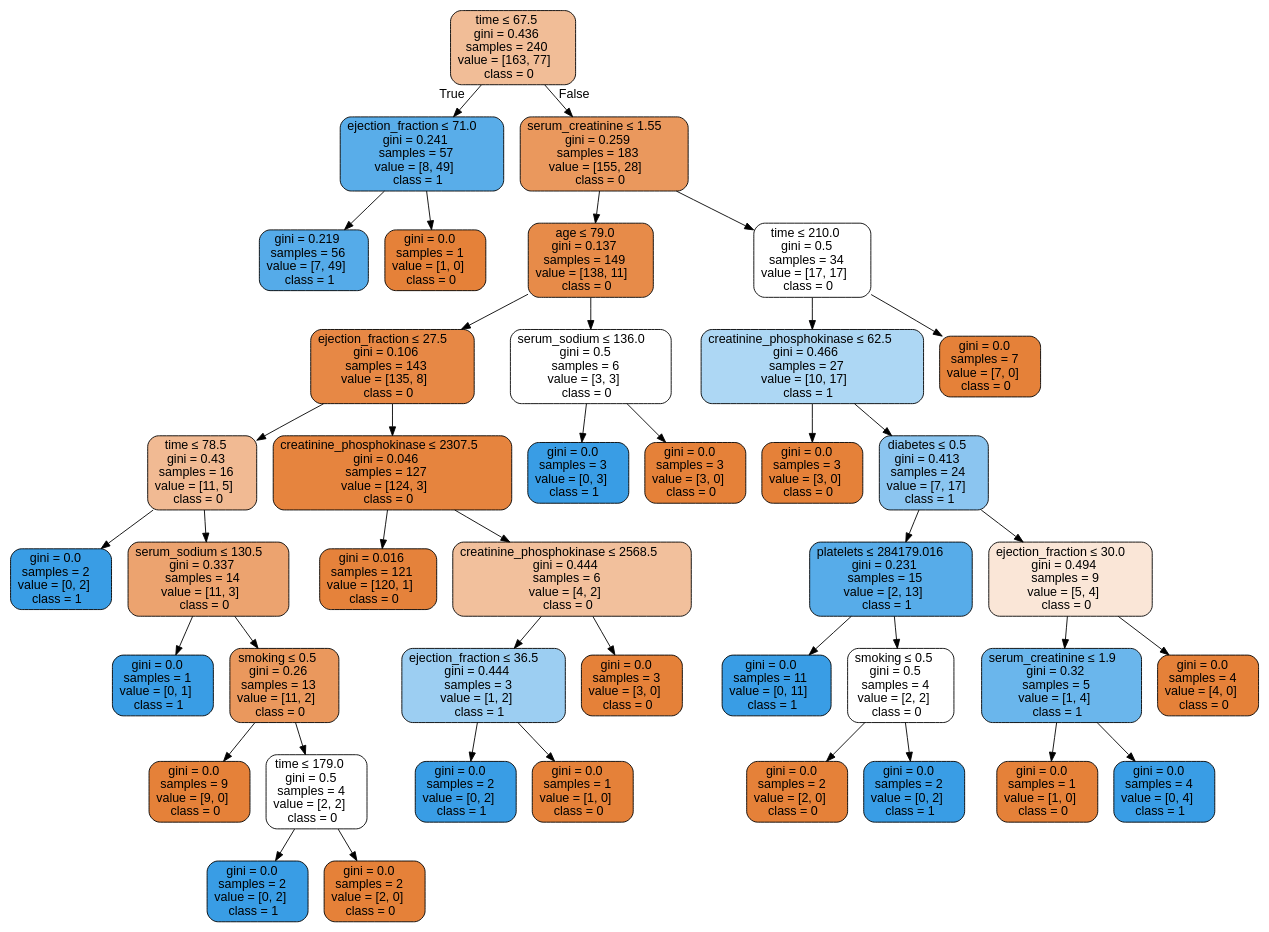
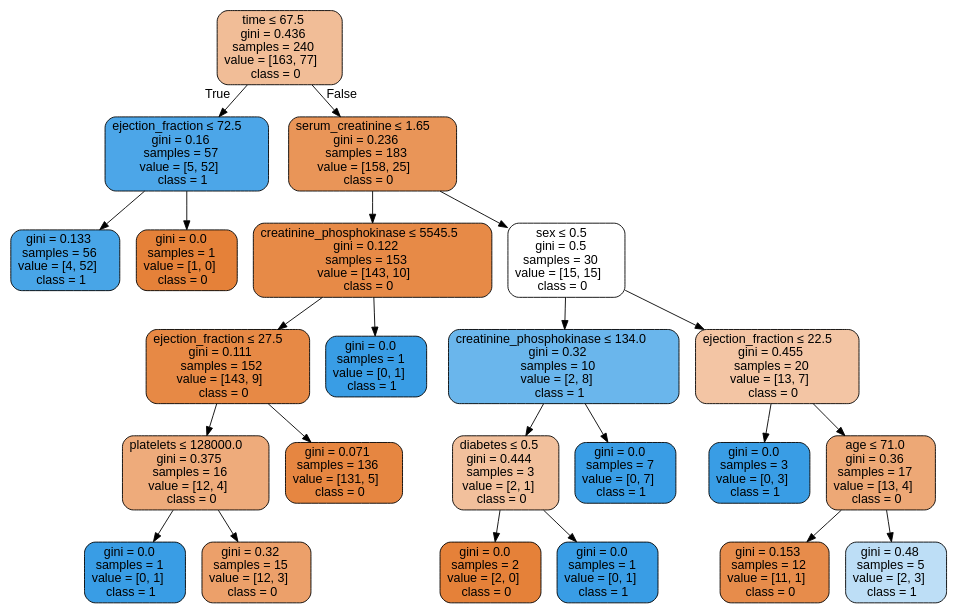
The diagram in Labs/Lab04/Results/HFCR - dtree.dot (isabelSoares/CD-2021), drawn with Graphviz before and after one commit. The commit also changed 11 other files, not shown here.

```diff
--- a/Labs/Lab04/Results/HFCR - dtree.dot
+++ b/Labs/Lab04/Results/HFCR - dtree.dot
@@ -1,85 +1,49 @@
 digraph Tree {
 node [shape=box, style="filled, rounded", color="black", fontname=helvetica] ;
 edge [fontname=helvetica] ;
 0 [label=<time &le; 67.5<br/>gini = 0.436<br/>samples = 240<br/>value = [163, 77]<br/>class = 0>, fillcolor="#f1bd97"] ;
-1 [label=<ejection_fraction &le; 71.0<br/>gini = 0.241<br/>samples = 57<br/>value = [8, 49]<br/>class = 1>, fillcolor="#59ade9"] ;
+1 [label=<ejection_fraction &le; 72.5<br/>gini = 0.16<br/>samples = 57<br/>value = [5, 52]<br/>class = 1>, fillcolor="#4ca6e8"] ;
 0 -> 1 [labeldistance=2.5, labelangle=45, headlabel="True"] ;
-2 [label=<gini = 0.219<br/>samples = 56<br/>value = [7, 49]<br/>class = 1>, fillcolor="#55abe9"] ;
+2 [label=<gini = 0.133<br/>samples = 56<br/>value = [4, 52]<br/>class = 1>, fillcolor="#48a5e7"] ;
 1 -> 2 ;
 3 [label=<gini = 0.0<br/>samples = 1<br/>value = [1, 0]<br/>class = 0>, fillcolor="#e58139"] ;
 1 -> 3 ;
-4 [label=<serum_creatinine &le; 1.55<br/>gini = 0.259<br/>samples = 183<br/>value = [155, 28]<br/>class = 0>, fillcolor="#ea985d"] ;
+4 [label=<serum_creatinine &le; 1.65<br/>gini = 0.236<br/>samples = 183<br/>value = [158, 25]<br/>class = 0>, fillcolor="#e99558"] ;
 0 -> 4 [labeldistance=2.5, labelangle=-45, headlabel="False"] ;
-5 [label=<age &le; 79.0<br/>gini = 0.137<br/>samples = 149<br/>value = [138, 11]<br/>class = 0>, fillcolor="#e78b49"] ;
+5 [label=<creatinine_phosphokinase &le; 5545.5<br/>gini = 0.122<br/>samples = 153<br/>value = [143, 10]<br/>class = 0>, fillcolor="#e78a47"] ;
 4 -> 5 ;
-6 [label=<ejection_fraction &le; 27.5<br/>gini = 0.106<br/>samples = 143<br/>value = [135, 8]<br/>class = 0>, fillcolor="#e78845"] ;
+6 [label=<ejection_fraction &le; 27.5<br/>gini = 0.111<br/>samples = 152<br/>value = [143, 9]<br/>class = 0>, fillcolor="#e78945"] ;
 5 -> 6 ;
-7 [label=<time &le; 78.5<br/>gini = 0.43<br/>samples = 16<br/>value = [11, 5]<br/>class = 0>, fillcolor="#f1ba93"] ;
+7 [label=<platelets &le; 128000.0<br/>gini = 0.375<br/>samples = 16<br/>value = [12, 4]<br/>class = 0>, fillcolor="#eeab7b"] ;
 6 -> 7 ;
-8 [label=<gini = 0.0<br/>samples = 2<br/>value = [0, 2]<br/>class = 1>, fillcolor="#399de5"] ;
+8 [label=<gini = 0.0<br/>samples = 1<br/>value = [0, 1]<br/>class = 1>, fillcolor="#399de5"] ;
 7 -> 8 ;
-9 [label=<serum_sodium &le; 130.5<br/>gini = 0.337<br/>samples = 14<br/>value = [11, 3]<br/>class = 0>, fillcolor="#eca36f"] ;
+9 [label=<gini = 0.32<br/>samples = 15<br/>value = [12, 3]<br/>class = 0>, fillcolor="#eca06a"] ;
 7 -> 9 ;
-10 [label=<gini = 0.0<br/>samples = 1<br/>value = [0, 1]<br/>class = 1>, fillcolor="#399de5"] ;
-9 -> 10 ;
-11 [label=<smoking &le; 0.5<br/>gini = 0.26<br/>samples = 13<br/>value = [11, 2]<br/>class = 0>, fillcolor="#ea985d"] ;
-9 -> 11 ;
-12 [label=<gini = 0.0<br/>samples = 9<br/>value = [9, 0]<br/>class = 0>, fillcolor="#e58139"] ;
-11 -> 12 ;
-13 [label=<time &le; 179.0<br/>gini = 0.5<br/>samples = 4<br/>value = [2, 2]<br/>class = 0>, fillcolor="#ffffff"] ;
-11 -> 13 ;
-14 [label=<gini = 0.0<br/>samples = 2<br/>value = [0, 2]<br/>class = 1>, fillcolor="#399de5"] ;
+10 [label=<gini = 0.071<br/>samples = 136<br/>value = [131, 5]<br/>class = 0>, fillcolor="#e68641"] ;
+6 -> 10 ;
+11 [label=<gini = 0.0<br/>samples = 1<br/>value = [0, 1]<br/>class = 1>, fillcolor="#399de5"] ;
+5 -> 11 ;
+12 [label=<sex &le; 0.5<br/>gini = 0.5<br/>samples = 30<br/>value = [15, 15]<br/>class = 0>, fillcolor="#ffffff"] ;
+4 -> 12 ;
+13 [label=<creatinine_phosphokinase &le; 134.0<br/>gini = 0.32<br/>samples = 10<br/>value = [2, 8]<br/>class = 1>, fillcolor="#6ab6ec"] ;
+12 -> 13 ;
+14 [label=<diabetes &le; 0.5<br/>gini = 0.444<br/>samples = 3<br/>value = [2, 1]<br/>class = 0>, fillcolor="#f2c09c"] ;
 13 -> 14 ;
 15 [label=<gini = 0.0<br/>samples = 2<br/>value = [2, 0]<br/>class = 0>, fillcolor="#e58139"] ;
-13 -> 15 ;
-16 [label=<creatinine_phosphokinase &le; 2307.5<br/>gini = 0.046<br/>samples = 127<br/>value = [124, 3]<br/>class = 0>, fillcolor="#e6843e"] ;
-6 -> 16 ;
-17 [label=<gini = 0.016<br/>samples = 121<br/>value = [120, 1]<br/>class = 0>, fillcolor="#e5823b"] ;
-16 -> 17 ;
-18 [label=<creatinine_phosphokinase &le; 2568.5<br/>gini = 0.444<br/>samples = 6<br/>value = [4, 2]<br/>class = 0>, fillcolor="#f2c09c"] ;
-16 -> 18 ;
-19 [label=<ejection_fraction &le; 36.5<br/>gini = 0.444<br/>samples = 3<br/>value = [1, 2]<br/>class = 1>, fillcolor="#9ccef2"] ;
+14 -> 15 ;
+16 [label=<gini = 0.0<br/>samples = 1<br/>value = [0, 1]<br/>class = 1>, fillcolor="#399de5"] ;
+14 -> 16 ;
+17 [label=<gini = 0.0<br/>samples = 7<br/>value = [0, 7]<br/>class = 1>, fillcolor="#399de5"] ;
+13 -> 17 ;
+18 [label=<ejection_fraction &le; 22.5<br/>gini = 0.455<br/>samples = 20<br/>value = [13, 7]<br/>class = 0>, fillcolor="#f3c5a4"] ;
+12 -> 18 ;
+19 [label=<gini = 0.0<br/>samples = 3<br/>value = [0, 3]<br/>class = 1>, fillcolor="#399de5"] ;
 18 -> 19 ;
-20 [label=<gini = 0.0<br/>samples = 2<br/>value = [0, 2]<br/>class = 1>, fillcolor="#399de5"] ;
-19 -> 20 ;
-21 [label=<gini = 0.0<br/>samples = 1<br/>value = [1, 0]<br/>class = 0>, fillcolor="#e58139"] ;
-19 -> 21 ;
-22 [label=<gini = 0.0<br/>samples = 3<br/>value = [3, 0]<br/>class = 0>, fillcolor="#e58139"] ;
-18 -> 22 ;
-23 [label=<serum_sodium &le; 136.0<br/>gini = 0.5<br/>samples = 6<br/>value = [3, 3]<br/>class = 0>, fillcolor="#ffffff"] ;
-5 -> 23 ;
-24 [label=<gini = 0.0<br/>samples = 3<br/>value = [0, 3]<br/>class = 1>, fillcolor="#399de5"] ;
-23 -> 24 ;
-25 [label=<gini = 0.0<br/>samples = 3<br/>value = [3, 0]<br/>class = 0>, fillcolor="#e58139"] ;
-23 -> 25 ;
-26 [label=<time &le; 210.0<br/>gini = 0.5<br/>samples = 34<br/>value = [17, 17]<br/>class = 0>, fillcolor="#ffffff"] ;
-4 -> 26 ;
-27 [label=<creatinine_phosphokinase &le; 62.5<br/>gini = 0.466<br/>samples = 27<br/>value = [10, 17]<br/>class = 1>, fillcolor="#add7f4"] ;
-26 -> 27 ;
-28 [label=<gini = 0.0<br/>samples = 3<br/>value = [3, 0]<br/>class = 0>, fillcolor="#e58139"] ;
-27 -> 28 ;
-29 [label=<diabetes &le; 0.5<br/>gini = 0.413<br/>samples = 24<br/>value = [7, 17]<br/>class = 1>, fillcolor="#8bc5f0"] ;
-27 -> 29 ;
-30 [label=<platelets &le; 284179.016<br/>gini = 0.231<br/>samples = 15<br/>value = [2, 13]<br/>class = 1>, fillcolor="#57ace9"] ;
-29 -> 30 ;
-31 [label=<gini = 0.0<br/>samples = 11<br/>value = [0, 11]<br/>class = 1>, fillcolor="#399de5"] ;
-30 -> 31 ;
-32 [label=<smoking &le; 0.5<br/>gini = 0.5<br/>samples = 4<br/>value = [2, 2]<br/>class = 0>, fillcolor="#ffffff"] ;
-30 -> 32 ;
-33 [label=<gini = 0.0<br/>samples = 2<br/>value = [2, 0]<br/>class = 0>, fillcolor="#e58139"] ;
-32 -> 33 ;
-34 [label=<gini = 0.0<br/>samples = 2<br/>value = [0, 2]<br/>class = 1>, fillcolor="#399de5"] ;
-32 -> 34 ;
-35 [label=<ejection_fraction &le; 30.0<br/>gini = 0.494<br/>samples = 9<br/>value = [5, 4]<br/>class = 0>, fillcolor="#fae6d7"] ;
-29 -> 35 ;
-36 [label=<serum_creatinine &le; 1.9<br/>gini = 0.32<br/>samples = 5<br/>value = [1, 4]<br/>class = 1>, fillcolor="#6ab6ec"] ;
-35 -> 36 ;
-37 [label=<gini = 0.0<br/>samples = 1<br/>value = [1, 0]<br/>class = 0>, fillcolor="#e58139"] ;
-36 -> 37 ;
-38 [label=<gini = 0.0<br/>samples = 4<br/>value = [0, 4]<br/>class = 1>, fillcolor="#399de5"] ;
-36 -> 38 ;
-39 [label=<gini = 0.0<br/>samples = 4<br/>value = [4, 0]<br/>class = 0>, fillcolor="#e58139"] ;
-35 -> 39 ;
-40 [label=<gini = 0.0<br/>samples = 7<br/>value = [7, 0]<br/>class = 0>, fillcolor="#e58139"] ;
-26 -> 40 ;
+20 [label=<age &le; 71.0<br/>gini = 0.36<br/>samples = 17<br/>value = [13, 4]<br/>class = 0>, fillcolor="#eda876"] ;
+18 -> 20 ;
+21 [label=<gini = 0.153<br/>samples = 12<br/>value = [11, 1]<br/>class = 0>, fillcolor="#e78c4b"] ;
+20 -> 21 ;
+22 [label=<gini = 0.48<br/>samples = 5<br/>value = [2, 3]<br/>class = 1>, fillcolor="#bddef6"] ;
+20 -> 22 ;
 }
```
